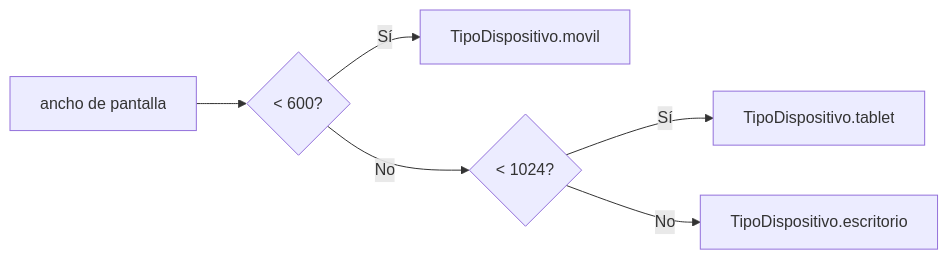
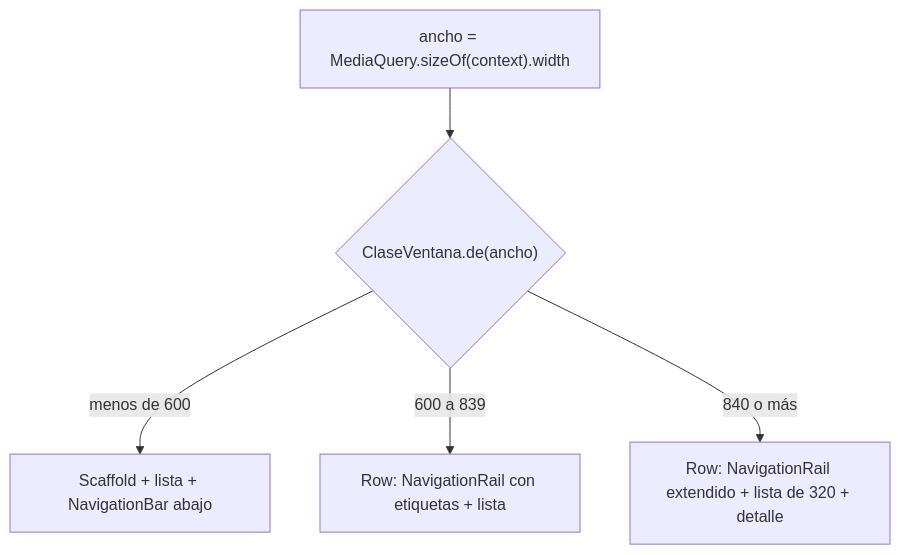
Before and after one commit to NICORUIZ93/The_Imperial_Book: the fourth of 6 diagrams in web/public/content/flutter/modulo-2.md, drawn with Mermaid. The commit also changed other lines of this file and 15 other files, not shown here.

````diff
--- a/web/public/content/flutter/modulo-2.md
+++ b/web/public/content/flutter/modulo-2.md
@@ -243,8 +1077,7 @@
 ```mermaid
-flowchart LR
-    A["ancho de pantalla"] --> B{"< 600?"}
-    B -->|Sí| M["TipoDispositivo.movil"]
-    B -->|No| C{"< 1024?"}
-    C -->|Sí| T["TipoDispositivo.tablet"]
-    C -->|No| E["TipoDispositivo.escritorio"]
+flowchart TD
+    A["ancho = MediaQuery.sizeOf(context).width"] --> B{"ClaseVentana.de(ancho)"}
+    B -->|"menos de 600"| C["Scaffold + lista + NavigationBar abajo"]
+    B -->|"600 a 839"| D["Row: NavigationRail con etiquetas + lista"]
+    B -->|"840 o más"| E["Row: NavigationRail extendido + lista de 320 + detalle"]
 ```
````
